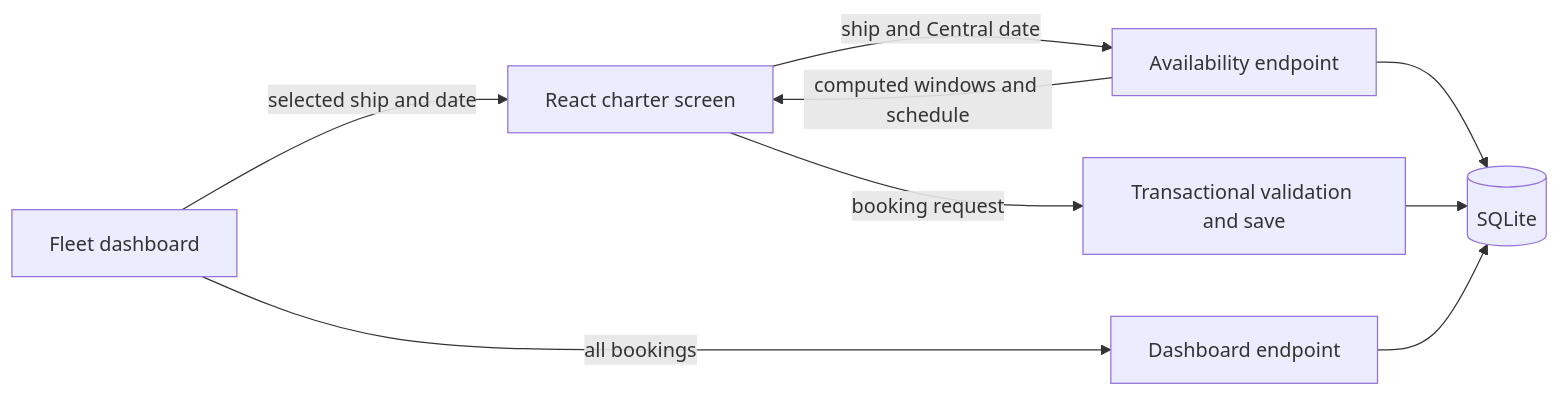
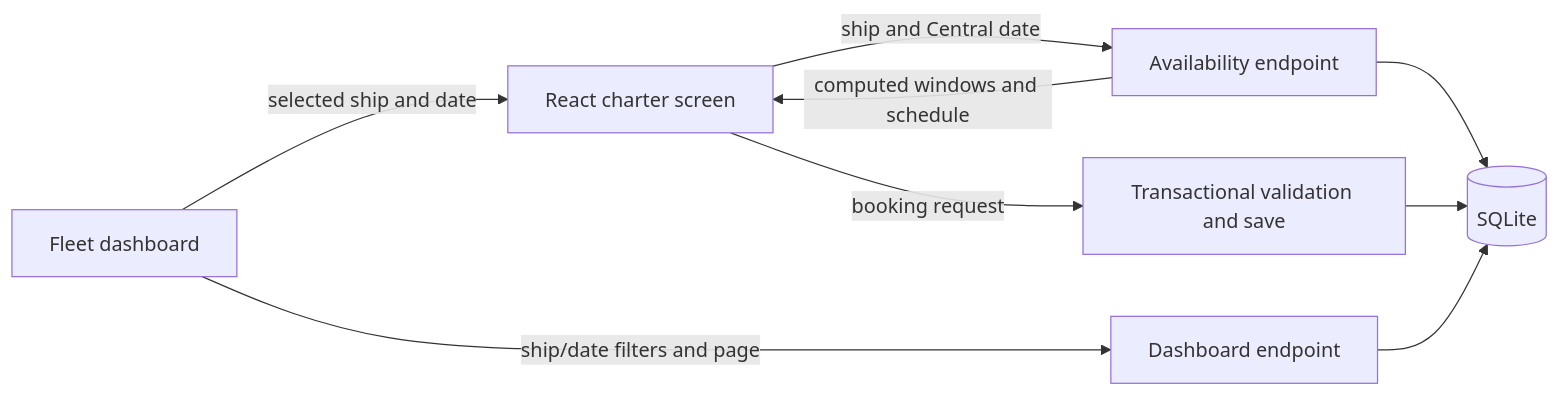
The diagram in documentation/implementation-and-mvp.md (waltmansoftware/spaceport-booking), drawn with Mermaid before and after one commit. The commit also changed other lines of this file and 13 other files, not shown here.

````diff
--- a/documentation/implementation-and-mvp.md
+++ b/documentation/implementation-and-mvp.md
@@ -33,11 +33,11 @@
 ```mermaid
 flowchart LR
     U[React charter screen] -->|ship and Central date| A[Availability endpoint]
     U -->|booking request| V[Transactional validation and save]
-    F[Fleet dashboard] -->|all bookings| D[Dashboard endpoint]
+    F[Fleet dashboard] -->|ship/date filters and page| D[Dashboard endpoint]
     F -->|selected ship and date| U
     A --> DB[(SQLite)]
     V --> DB
     D --> DB
     A -->|computed windows and schedule| U
 ```
````
